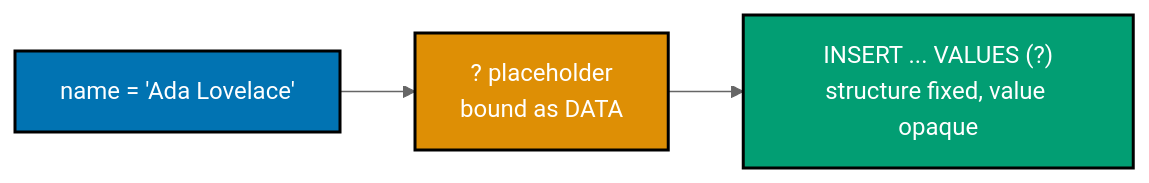
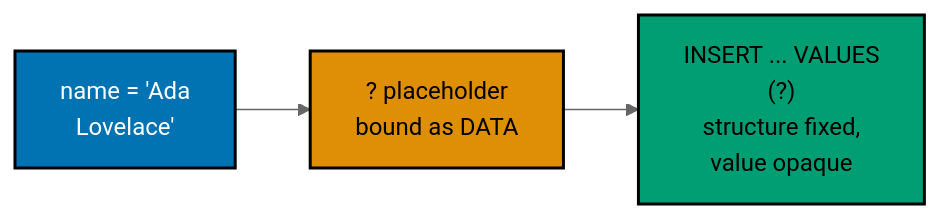
Before and after one commit to wahidyankf/ose-public: the ninth of 9 diagrams in apps/ayokoding-www/content/en/learn/courses/sql-essentials/learning/beginner.md, drawn with Mermaid (neutral theme). The commit also changed other lines of this file and 145 other files, not shown here.

First line of the commit message:
fix(mermaid): bring the second half of the courses diagrams onto the accessible palette

````diff
--- a/apps/ayokoding-www/content/en/learn/courses/sql-essentials/learning/beginner.md
+++ b/apps/ayokoding-www/content/en/learn/courses/sql-essentials/learning/beginner.md
@@ -1576,12 +1600,15 @@
 ```mermaid
 %% Color Palette: Blue #0173B2, Orange #DE8F05, Teal #029E73 -- color-blind friendly, WCAG AA
 flowchart LR
-    A["name = 'Ada Lovelace'"]:::blue
+    accTitle: Example 30: Python Parameterized Insert
+    accDescr: Flowchart with 3 nodes and 2 connections. Nodes: name = Ada Lovelace, ? placeholder bound as DATA, INSERT ... VALUES 40?41 structure fixed, value opaque. Connections: name = Ada Lovelace to ? placeholder bound as DATA, ? placeholder bound as DATA to INSERT ... VALUES 40?41 structure fixed, value opaque.
+    A["name = 'Ada<br/>Lovelace'"]:::blue
     B["? placeholder<br/>bound as DATA"]:::orange
-    C["INSERT ... VALUES #40;?#41;<br/>structure fixed, value opaque"]:::teal
+    C["INSERT ... VALUES<br/>#40;?#41;<br/>structure fixed,<br/>value opaque"]:::teal
     A --> B --> C
 
     classDef blue fill:#0173B2,stroke:#000000,color:#FFFFFF,stroke-width:2px
-    classDef orange fill:#DE8F05,stroke:#000000,color:#FFFFFF,stroke-width:2px
-    classDef teal fill:#029E73,stroke:#000000,color:#FFFFFF,stroke-width:2px
+    classDef orange fill:#DE8F05,stroke:#000000,color:#000000,stroke-width:2px
+    classDef teal fill:#029E73,stroke:#000000,color:#000000,stroke-width:2px
+    classDef default fill:#FFFFFF,stroke:#000000,color:#000000
 ```
````
